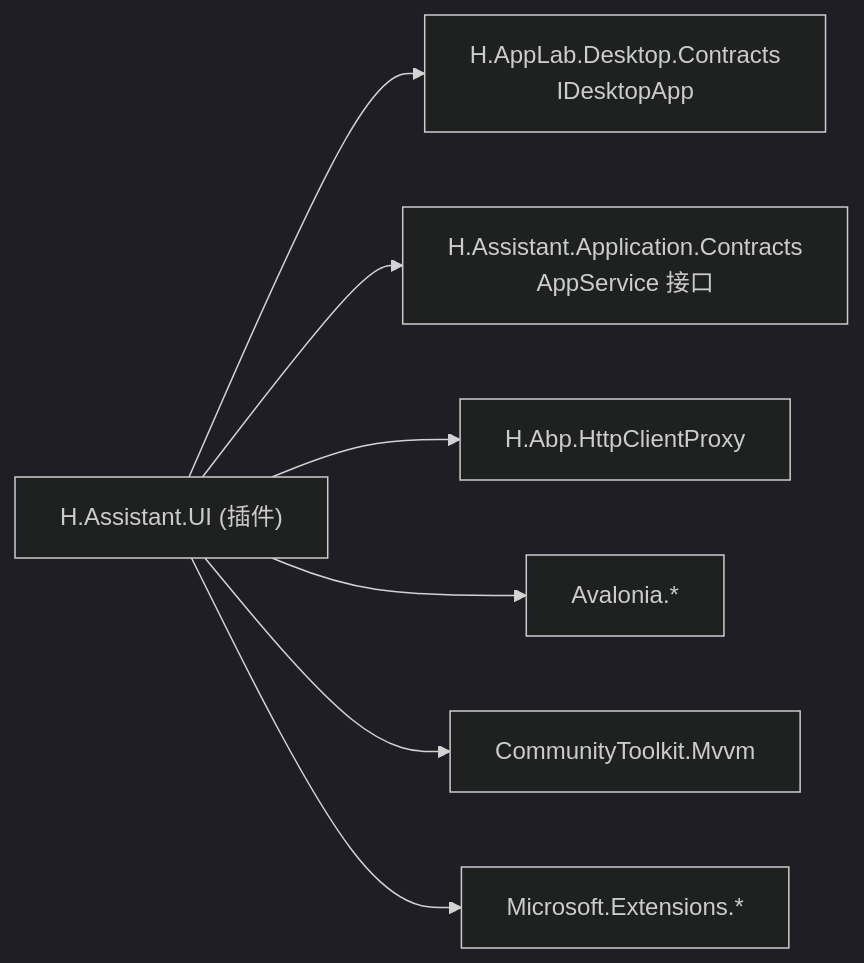
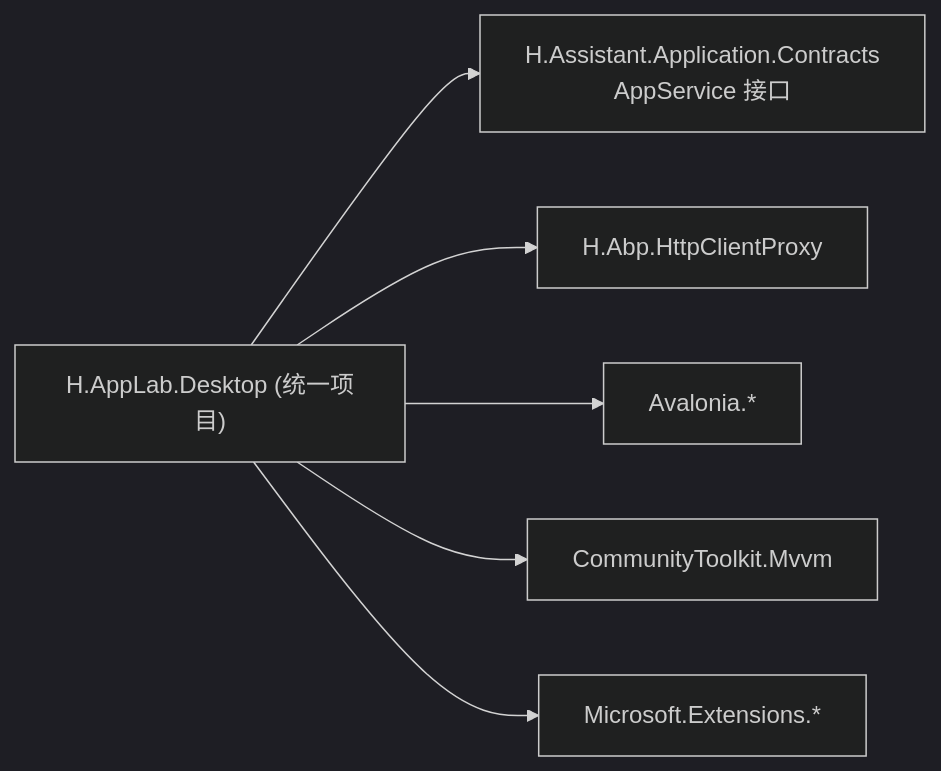
Before and after one commit to openlowcodelab/lowcode: the tenth of 10 diagrams in .qoder/repowiki/zh/content/AI助手服务/桌面端应用/桌面端应用.md, drawn with Mermaid (dark theme). The commit also changed other lines of this file and 56 other files, not shown here.

````diff
--- a/.qoder/repowiki/zh/content/AI助手服务/桌面端应用/桌面端应用.md
+++ b/.qoder/repowiki/zh/content/AI助手服务/桌面端应用/桌面端应用.md
@@ -431,9 +438,8 @@
 ```mermaid
 graph LR
-Plugin["H.Assistant.UI (插件)"] --> Contracts["H.AppLab.Desktop.Contracts<br/>IDesktopApp"]
-Plugin --> AppContracts["H.Assistant.Application.Contracts<br/>AppService 接口"]
-Plugin --> AbpProxy["H.Abp.HttpClientProxy"]
-Plugin --> Avalonia["Avalonia.*"]
-Plugin --> Mvvm["CommunityToolkit.Mvvm"]
-Plugin --> Extensions["Microsoft.Extensions.*"]
+Desktop["H.AppLab.Desktop (统一项目)"] --> Contracts["H.Assistant.Application.Contracts<br/>AppService 接口"]
+Desktop --> AbpProxy["H.Abp.HttpClientProxy"]
+Desktop --> Avalonia["Avalonia.*"]
+Desktop --> Mvvm["CommunityToolkit.Mvvm"]
+Desktop --> Extensions["Microsoft.Extensions.*"]
 ```
````
